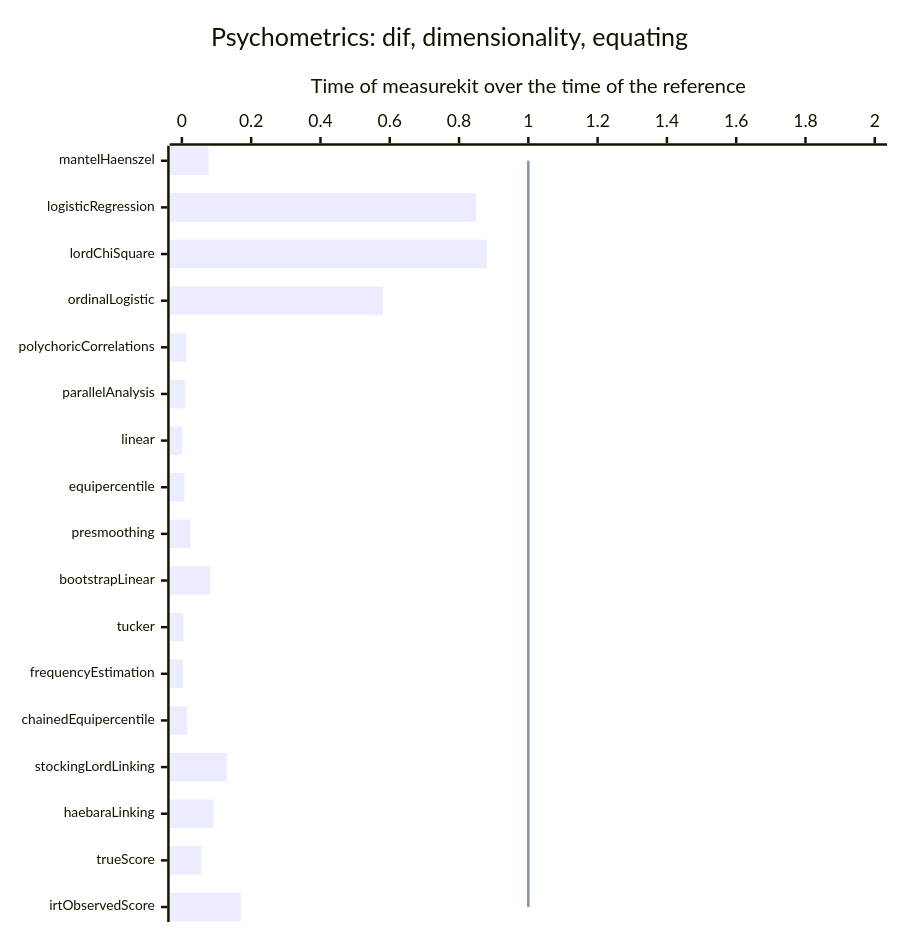
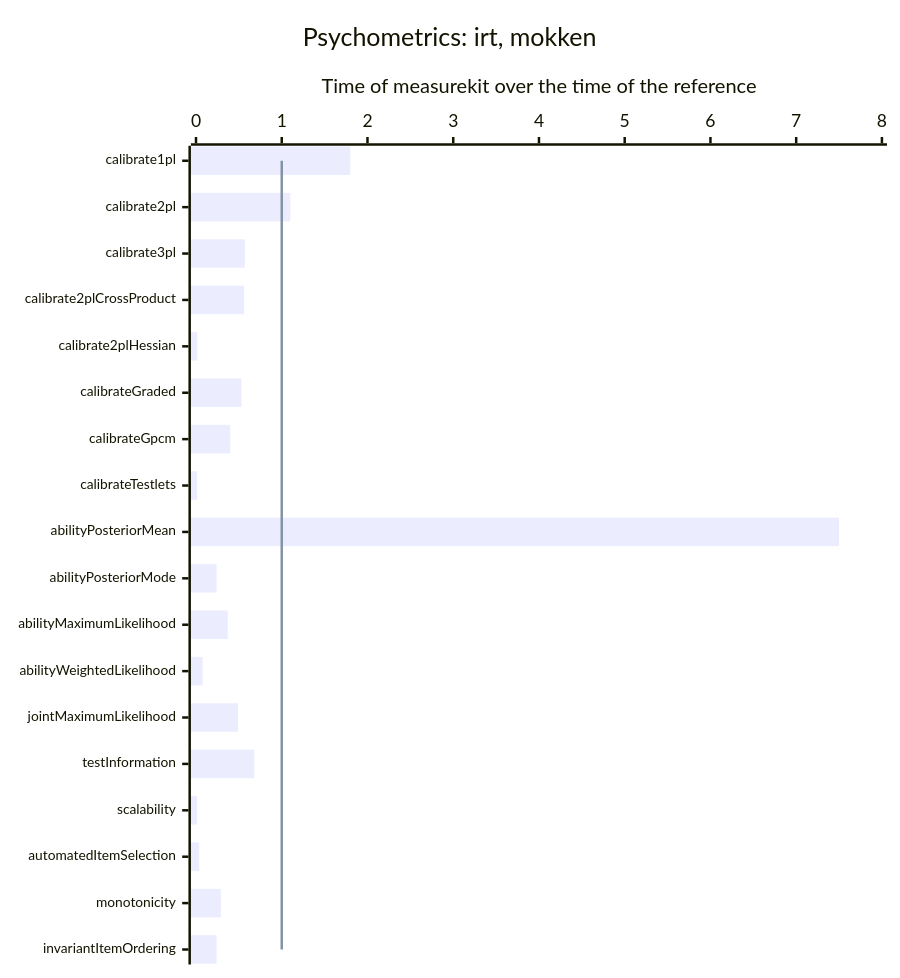
One commit to measurekit/measurekit changed the sixth of 11 diagrams in docs/performance.md. Above: the diagram before and after it, drawn with Mermaid. The commit also changed other lines of this file and 15 other files, not shown here.

````diff
--- a/docs/performance.md
+++ b/docs/performance.md
@@ -63,9 +63,9 @@
 ```mermaid
-%%{init: {"xyChart": {"height": 728, "xAxis": {"labelFontSize": 11}}}}%%
+%%{init: {"xyChart": {"height": 762, "xAxis": {"labelFontSize": 11}}}}%%
 xychart-beta horizontal
-  title "Psychometrics: dif, dimensionality, equating"
-  x-axis ["mantelHaenszel", "logisticRegression", "lordChiSquare", "ordinalLogistic", "polychoricCorrelations", "parallelAnalysis", "linear", "equipercentile", "presmoothing", "bootstrapLinear", "tucker", "frequencyEstimation", "chainedEquipercentile", "stockingLordLinking", "haebaraLinking", "trueScore", "irtObservedScore"]
-  y-axis "Time of measurekit over the time of the reference" 0 --> 2
-  bar [0.077, 0.85, 0.88, 0.58, 0.013, 0.0086, 0.00072, 0.0076, 0.024, 0.081, 0.0044, 0.0039, 0.015, 0.13, 0.092, 0.056, 0.17]
-  line [1, 1, 1, 1, 1, 1, 1, 1, 1, 1, 1, 1, 1, 1, 1, 1, 1]
+  title "Psychometrics: irt, mokken"
+  x-axis ["calibrate1pl", "calibrate2pl", "calibrate3pl", "calibrate2plCrossProduct", "calibrate2plHessian", "calibrateGraded", "calibrateGpcm", "calibrateTestlets", "abilityPosteriorMean", "abilityPosteriorMode", "abilityMaximumLikelihood", "abilityWeightedLikelihood", "jointMaximumLikelihood", "testInformation", "scalability", "automatedItemSelection", "monotonicity", "invariantItemOrdering"]
+  y-axis "Time of measurekit over the time of the reference" 0 --> 8
+  bar [1.8, 1.1, 0.57, 0.56, 0.014, 0.53, 0.4, 0.013, 7.5, 0.24, 0.37, 0.078, 0.49, 0.68, 0.012, 0.037, 0.29, 0.24]
+  line [1, 1, 1, 1, 1, 1, 1, 1, 1, 1, 1, 1, 1, 1, 1, 1, 1, 1]
 ```
````
